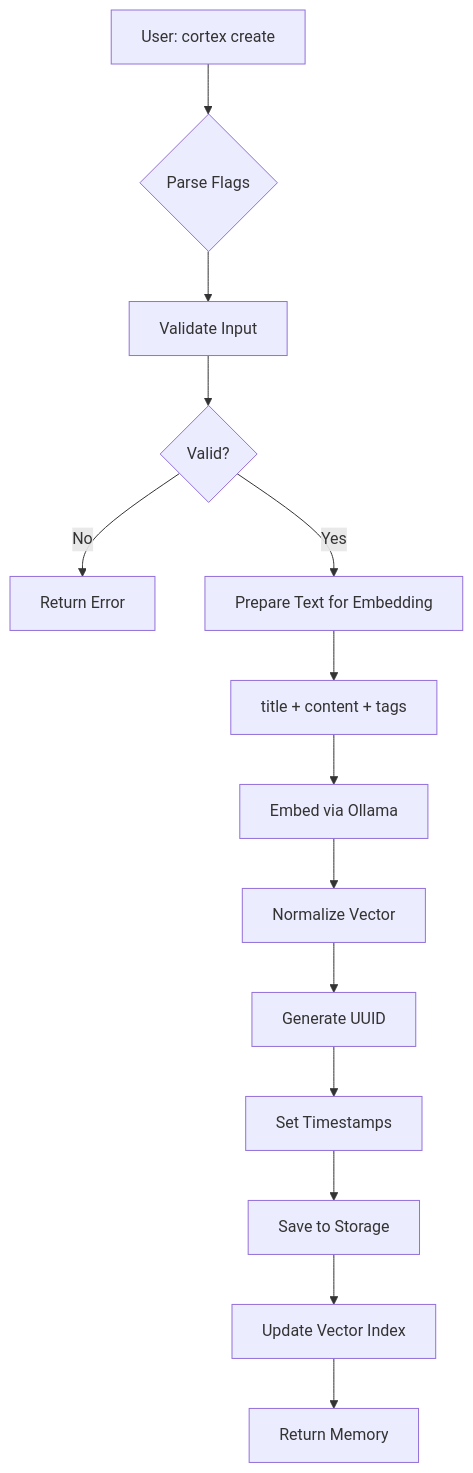
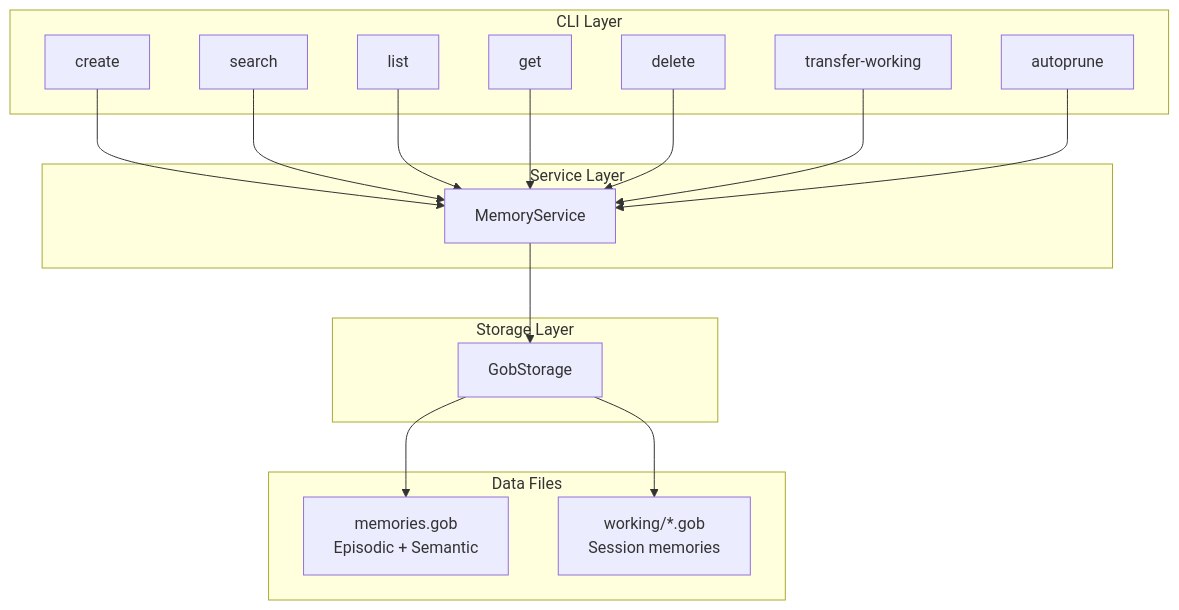
Before and after one commit to fmatsos/cortex: the first of 2 diagrams in docs/ARCHITECTURE.md, drawn with Mermaid. The commit also changed other lines of this file and 55 other files, not shown here.

````diff
--- a/docs/ARCHITECTURE.md
+++ b/docs/ARCHITECTURE.md
@@ -468,16 +5,37 @@
 ```mermaid
-flowchart TD
-    A[User: cortex create] --> B{Parse Flags}
-    B --> C[Validate Input]
-    C --> D{Valid?}
-    D -->|No| E[Return Error]
-    D -->|Yes| F[Prepare Text for Embedding]
-    F --> G[title + content + tags]
-    G --> H[Embed via Ollama]
-    H --> I[Normalize Vector]
-    I --> J[Generate UUID]
-    J --> K[Set Timestamps]
-    K --> L[Save to Storage]
-    L --> M[Update Vector Index]
-    M --> N[Return Memory]
+graph TB
+    subgraph "CLI Layer"
+        CREATE[create]
+        SEARCH[search]
+        LIST[list]
+        GET[get]
+        DELETE[delete]
+        TRANSFER[transfer-working]
+        PRUNE[autoprune]
+    end
+
+    subgraph "Service Layer"
+        MS[MemoryService]
+    end
+
+    subgraph "Storage Layer"
+        GS[GobStorage]
+    end
+
+    subgraph "Data Files"
+        PERS[memories.gob<br/>Episodic + Semantic]
+        WORK[working/*.gob<br/>Session memories]
+    end
+
+    CREATE --> MS
+    SEARCH --> MS
+    LIST --> MS
+    GET --> MS
+    DELETE --> MS
+    TRANSFER --> MS
+    PRUNE --> MS
+
+    MS --> GS
+    GS --> PERS
+    GS --> WORK
 ```
````
